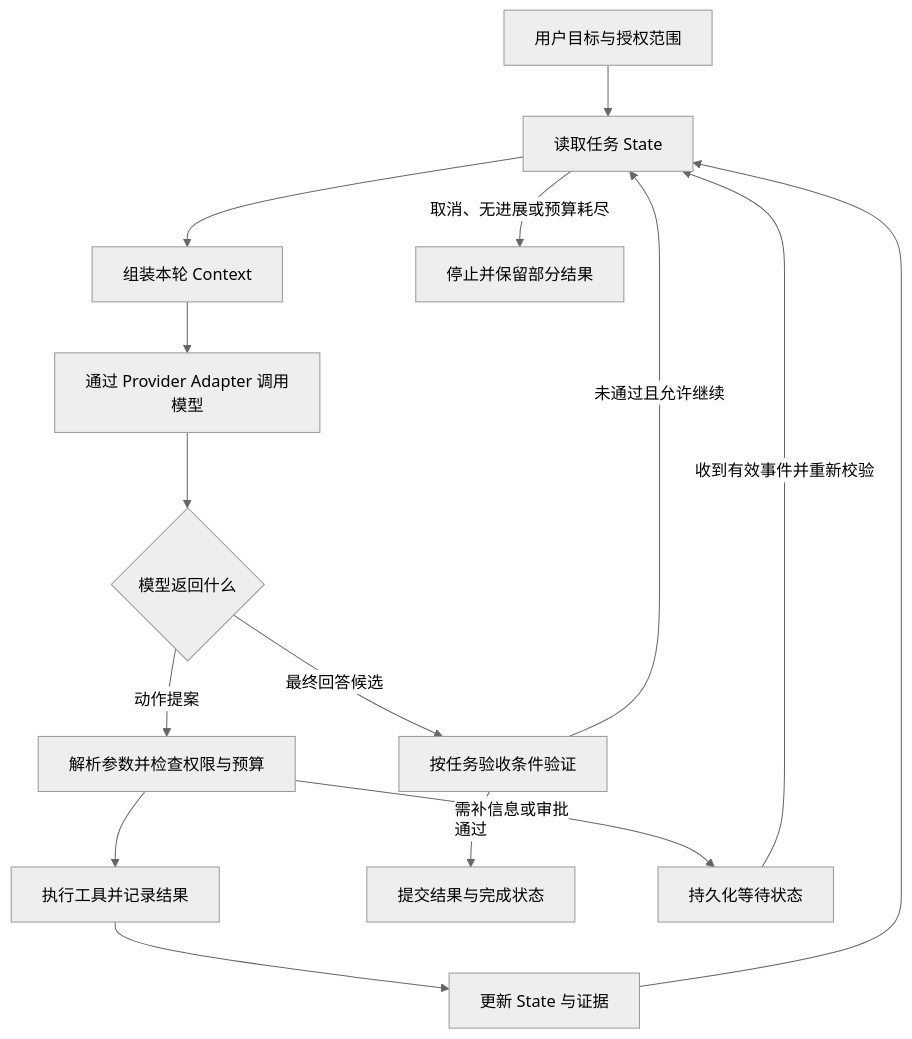
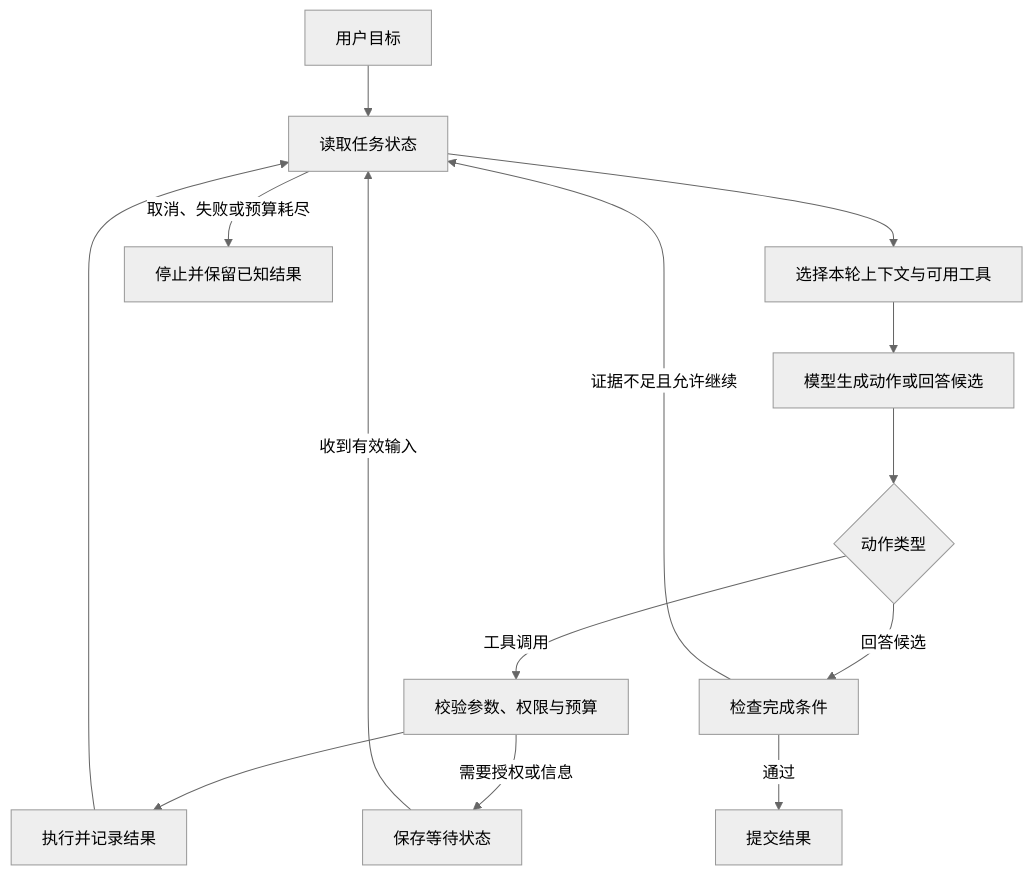
Before and after one commit to dyxnb22/Note: the diagram in Learning/Agent/00_01_Agent系统全景.md, drawn with Mermaid (neutral theme). The commit also changed other lines of this file and 435 other files, not shown here.

````diff
--- a/Learning/Agent/00_01_Agent系统全景.md
+++ b/Learning/Agent/00_01_Agent系统全景.md
@@ -7,17 +15,16 @@
 ```mermaid
 flowchart TD
-    A[用户目标与授权范围] --> B[读取任务 State]
-    B --> C[组装本轮 Context]
-    C --> D[通过 Provider Adapter 调用模型]
-    D --> E{模型返回什么}
-    E -->|动作提案| F[解析参数并检查权限与预算]
-    F --> G[执行工具并记录结果]
-    G --> H[更新 State 与证据]
-    H --> B
-    E -->|最终回答候选| I[按任务验收条件验证]
-    I -->|通过| J[提交结果与完成状态]
-    I -->|未通过且允许继续| B
-    F -->|需补信息或审批| K[持久化等待状态]
-    K -->|收到有效事件并重新校验| B
-    B -->|取消、无进展或预算耗尽| L[停止并保留部分结果]
+    A[用户目标] --> B[读取任务状态]
+    B --> C[选择本轮上下文与可用工具]
+    C --> D[模型生成动作或回答候选]
+    D --> E{动作类型}
+    E -->|工具调用| F[校验参数、权限与预算]
+    F --> G[执行并记录结果]
+    G --> B
+    E -->|回答候选| H[检查完成条件]
+    H -->|通过| I[提交结果]
+    H -->|证据不足且允许继续| B
+    F -->|需要授权或信息| J[保存等待状态]
+    J -->|收到有效输入| B
+    B -->|取消、失败或预算耗尽| K[停止并保留已知结果]
 ```
````
